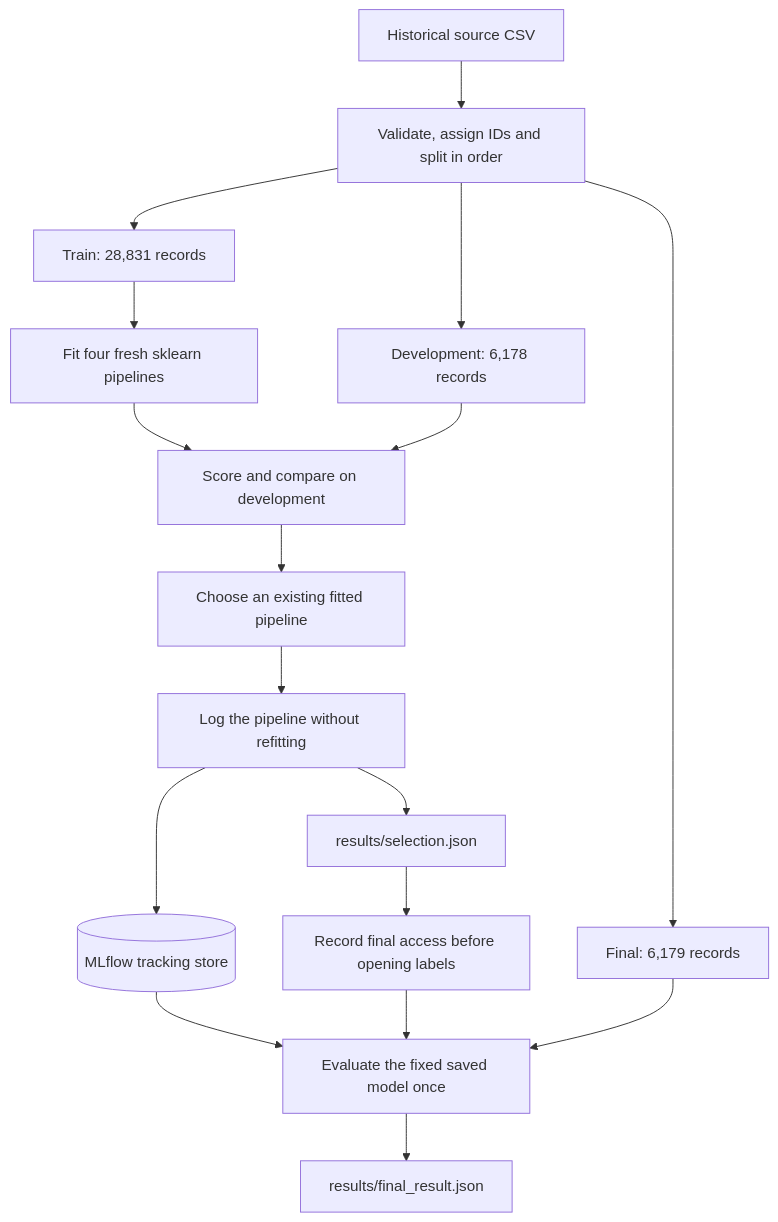
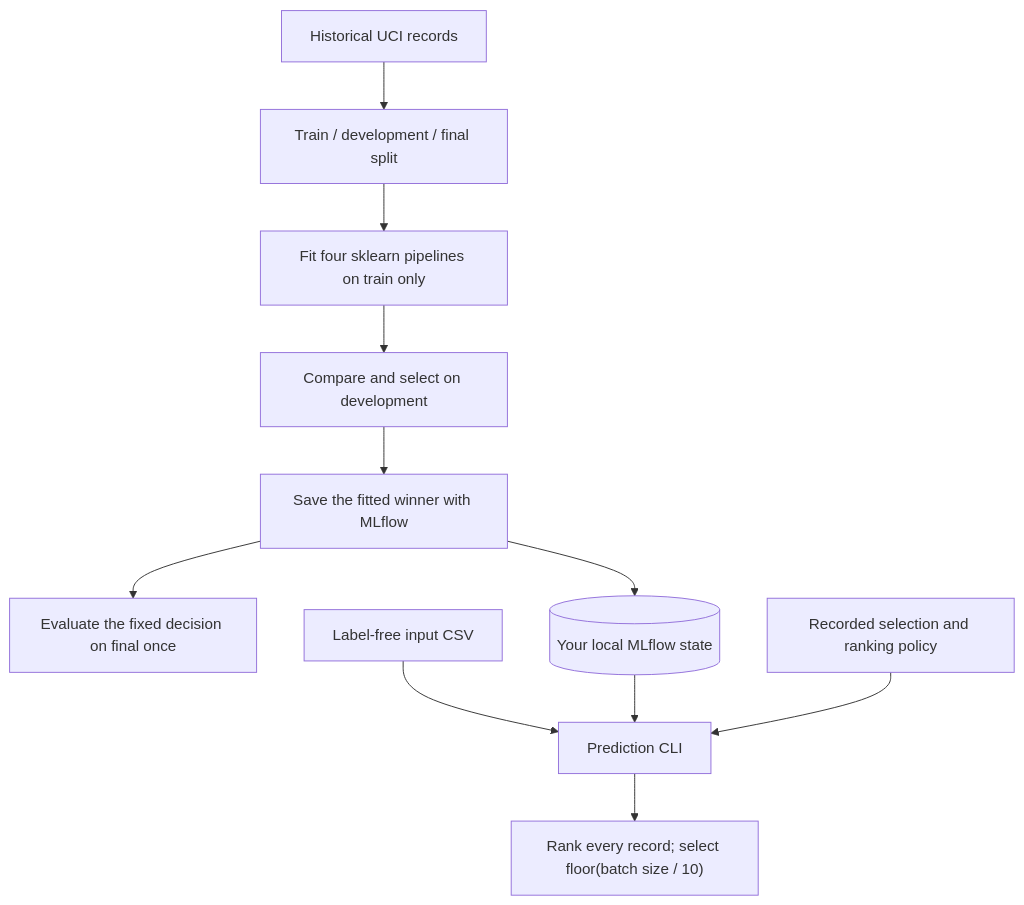
Before and after one commit to kishan0-07/campaign: the diagram in README.md, drawn with Mermaid. The commit also changed other lines of this file and 3 other files, not shown here.

````diff
--- a/README.md
+++ b/README.md
@@ -89,19 +58,13 @@
 ```mermaid
 flowchart TD
-    Source["Historical source CSV"] --> Split["Validate, assign IDs and split in order"]
-    Split --> Train["Train: 28,831 records"]
-    Split --> Dev["Development: 6,178 records"]
-    Split --> Holdout["Final: 6,179 records"]
-    Train --> Fit["Fit four fresh sklearn pipelines"]
-    Fit --> Compare["Score and compare on development"]
-    Dev --> Compare
-    Compare --> Choose["Choose an existing fitted pipeline"]
-    Choose --> Save["Log the pipeline without refitting"]
-    Save --> Store[("MLflow tracking store")]
-    Save --> Selection["results/selection.json"]
-    Selection --> Access["Record final access before opening labels"]
-    Access --> Final["Evaluate the fixed saved model once"]
-    Holdout --> Final
-    Store --> Final
-    Final --> Report["results/final_result.json"]
+    Data["Historical UCI records"] --> Split["Train / development / final split"]
+    Split --> Fit["Fit four sklearn pipelines on train only"]
+    Fit --> Compare["Compare and select on development"]
+    Compare --> Save["Save the fitted winner with MLflow"]
+    Save --> Final["Evaluate the fixed decision on final once"]
+    Save --> Store[("Your local MLflow state")]
+    Input["Label-free input CSV"] --> CLI["Prediction CLI"]
+    Store --> CLI
+    Policy["Recorded selection and ranking policy"] --> CLI
+    CLI --> Output["Rank every record; select floor(batch size / 10)"]
 ```
````
